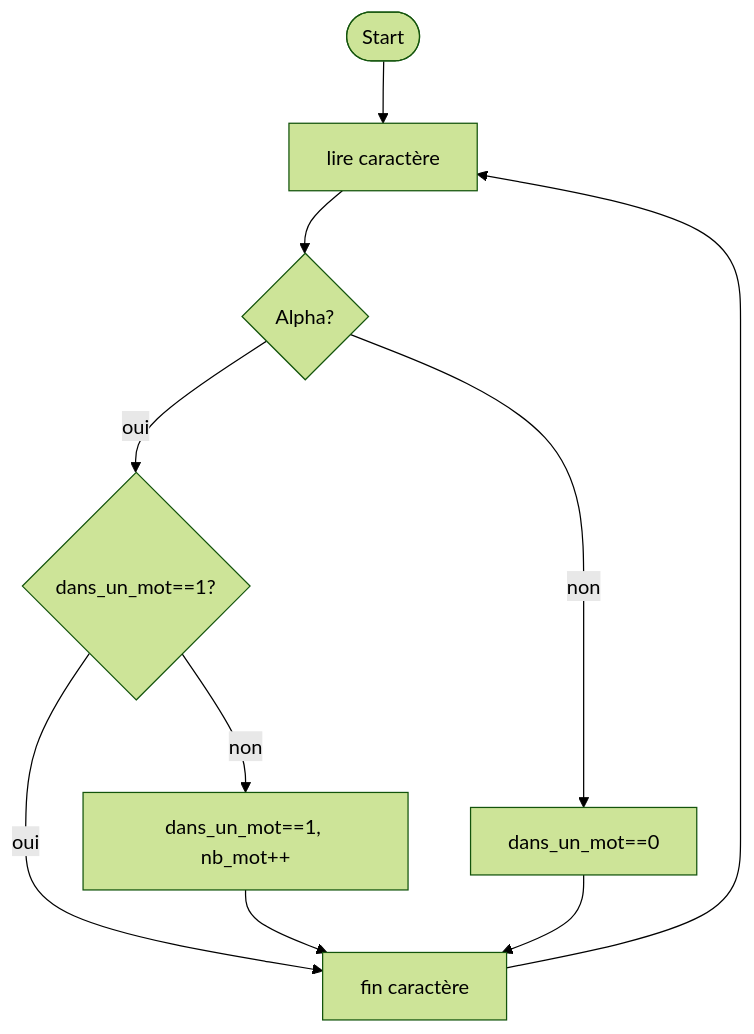
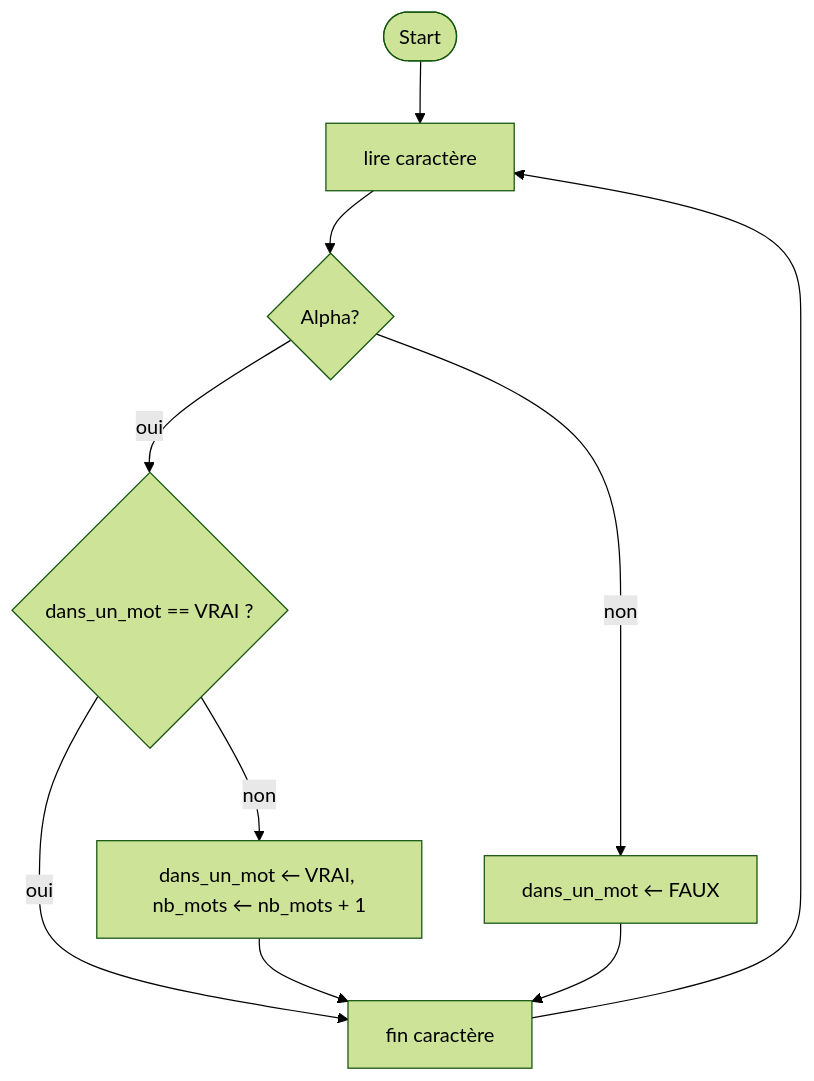
The diagram in exercices/TP_algo.md (fabrice1618/intro_algo), drawn with Mermaid (forest theme) before and after one commit. The commit also changed other lines of this file and 107 other files, not shown here.

First line of the commit message:
Cours v3 : progression pédagogique, exercices par chapitre, diagrammes mermaid

````diff
--- a/exercices/TP_algo.md
+++ b/exercices/TP_algo.md
@@ -58,12 +60,12 @@
 ```mermaid
 flowchart TD
     start([Start]) --> A[lire caractère]
     A --> C{Alpha?}
-    C -- oui --> E{dans_un_mot==1?}
-    E -- non --> F[dans_un_mot==1, nb_mot++]
+    C -- oui --> E{"dans_un_mot == VRAI ?"}
+    E -- non --> F["dans_un_mot ← VRAI, nb_mots ← nb_mots + 1"]
     E -- oui --> fin_car
-    C -- non --> D[dans_un_mot==0]
+    C -- non --> D["dans_un_mot ← FAUX"]
     F --> fin_car[fin caractère]
     D --> fin_car
     fin_car --> A
 ```
````
